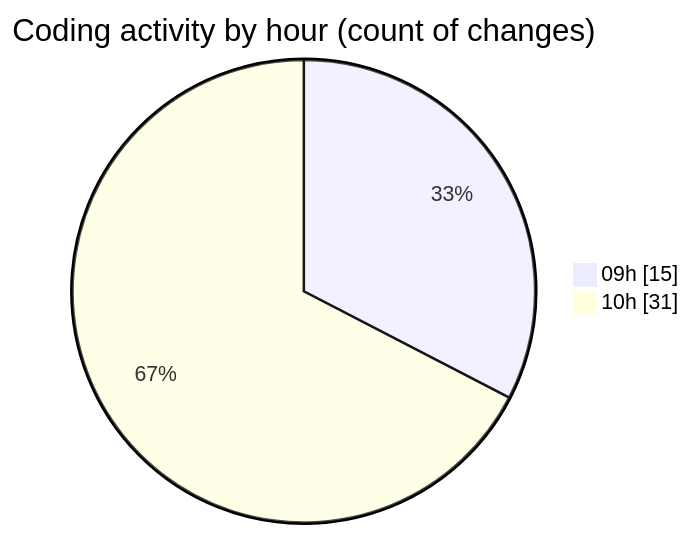
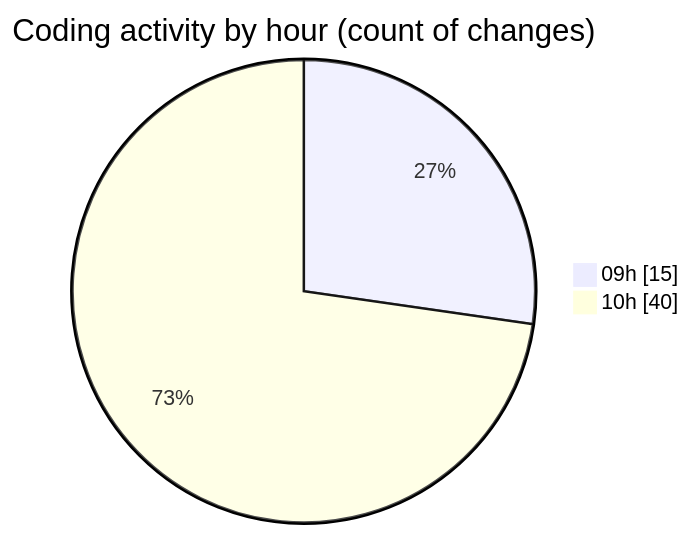
One commit to momahboobian/code-tracking changed the second of 2 diagrams in 2025-09-30/cda/README.md. Above: the diagram before and after it, drawn with Mermaid. The commit also changed other lines of this file and 1 other file, not shown here.

````diff
--- a/2025-09-30/cda/README.md
+++ b/2025-09-30/cda/README.md
@@ -29,6 +29,6 @@
 ```mermaid
 pie showData
 title Coding activity by hour (count of changes)
 "09h" : 15
-"10h" : 31
+"10h" : 40
 ```
````
